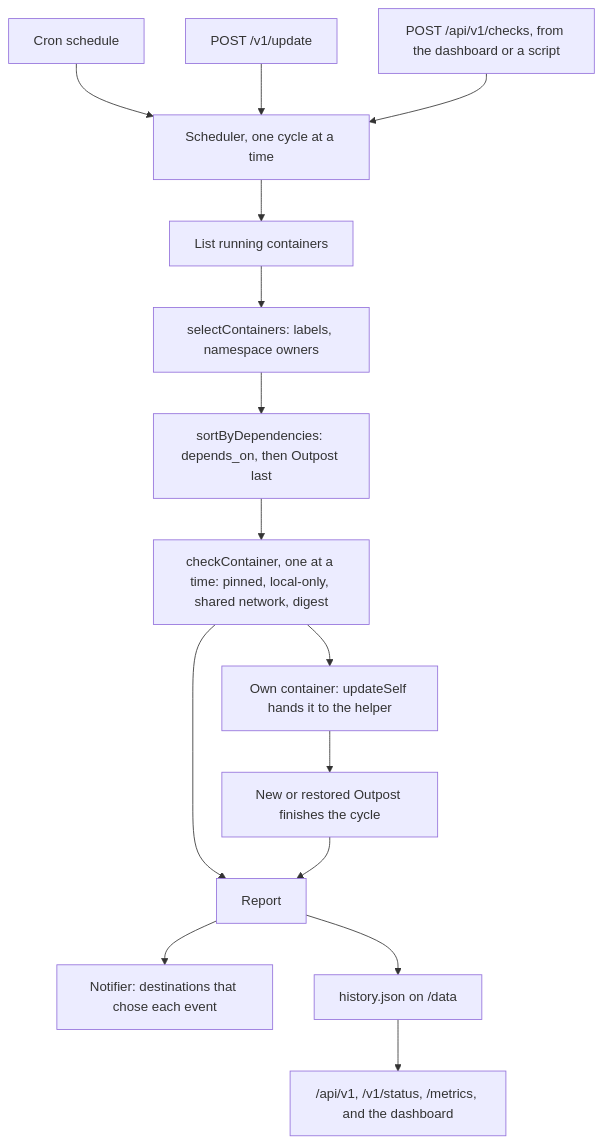
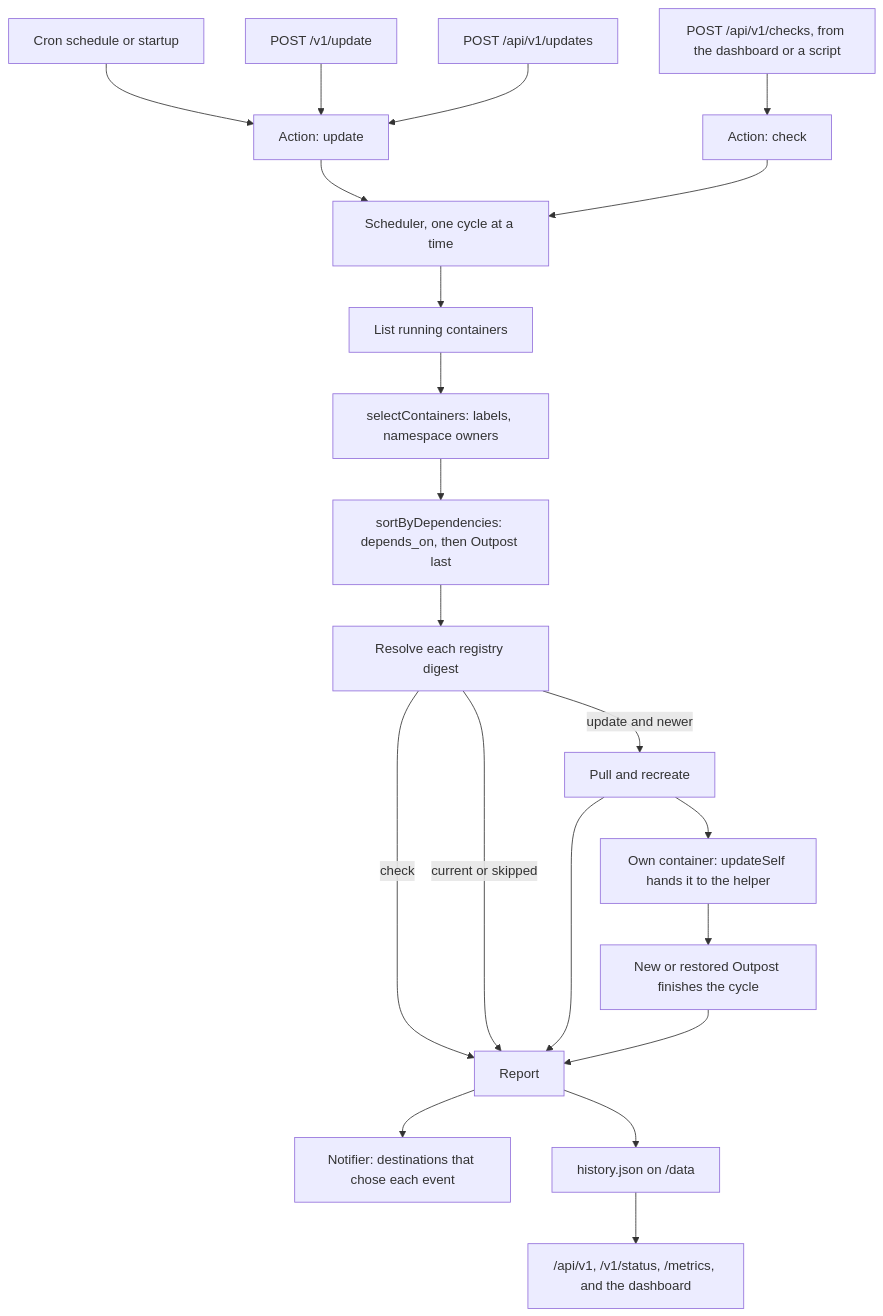
One commit to cbnventures/outpost changed the diagram in apps/docs/docs/reference/architecture.mdx. Above: the diagram before and after it, drawn with Mermaid. The commit also changed other lines of this file and 278 other files, not shown here.

````diff
--- a/apps/docs/docs/reference/architecture.mdx
+++ b/apps/docs/docs/reference/architecture.mdx
@@ -36,17 +36,23 @@
 ```mermaid
 flowchart TD
-    Cron[Cron schedule] --> Scheduler
-    Api[POST /v1/update] --> Scheduler
-    Checks[POST /api/v1/checks, from the dashboard or a script] --> Scheduler
+    Cron[Cron schedule or startup] --> Update[Action: update]
+    Api[POST /v1/update] --> Update
+    Updates[POST /api/v1/updates] --> Update
+    Checks[POST /api/v1/checks, from the dashboard or a script] --> CheckOnly[Action: check]
+    Update --> Scheduler
+    CheckOnly --> Scheduler
     Scheduler[Scheduler, one cycle at a time] --> List[List running containers]
     List --> Select[selectContainers: labels, namespace owners]
     Select --> Sort[sortByDependencies: depends_on, then Outpost last]
-    Sort --> Check[checkContainer, one at a time: pinned, local-only, shared network, digest]
-    Check --> Report[Report]
-    Check --> Self[Own container: updateSelf hands it to the helper]
+    Sort --> Digest[Resolve each registry digest]
+    Digest -->|check| Report[Report]
+    Digest -->|update and newer| Apply[Pull and recreate]
+    Digest -->|current or skipped| Report
+    Apply --> Report
+    Apply --> Self[Own container: updateSelf hands it to the helper]
     Self --> Resume[New or restored Outpost finishes the cycle]
     Resume --> Report
     Report --> Notify[Notifier: destinations that chose each event]
     Report --> History["history.json on /data"]
     History --> Status["/api/v1, /v1/status, /metrics, and the dashboard"]
 ```
````
